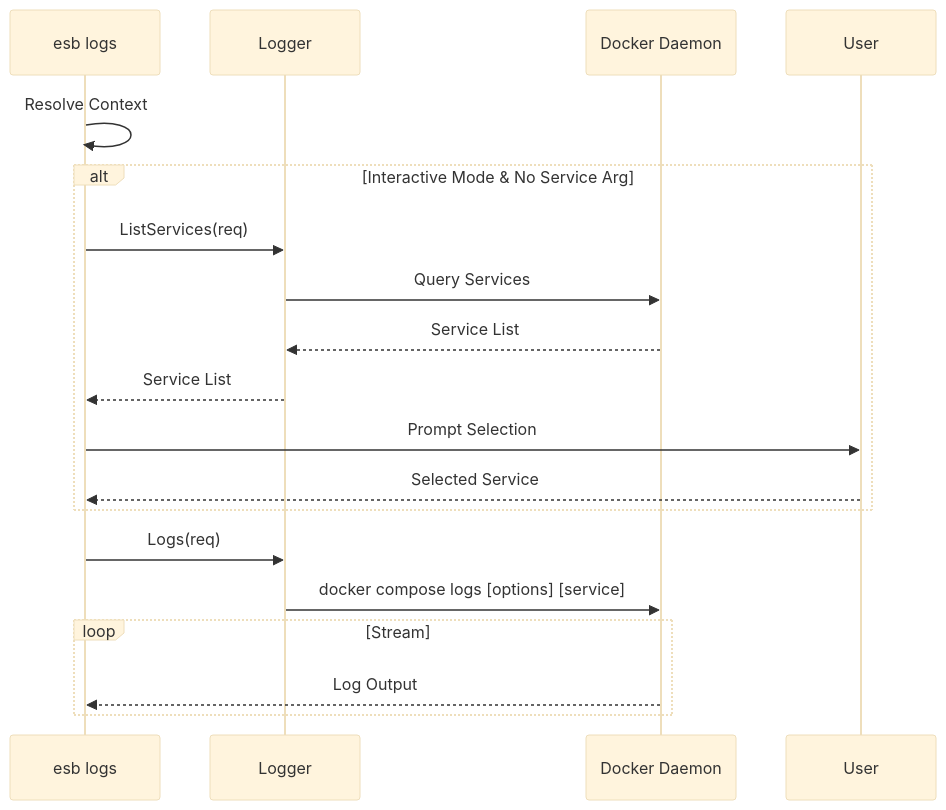
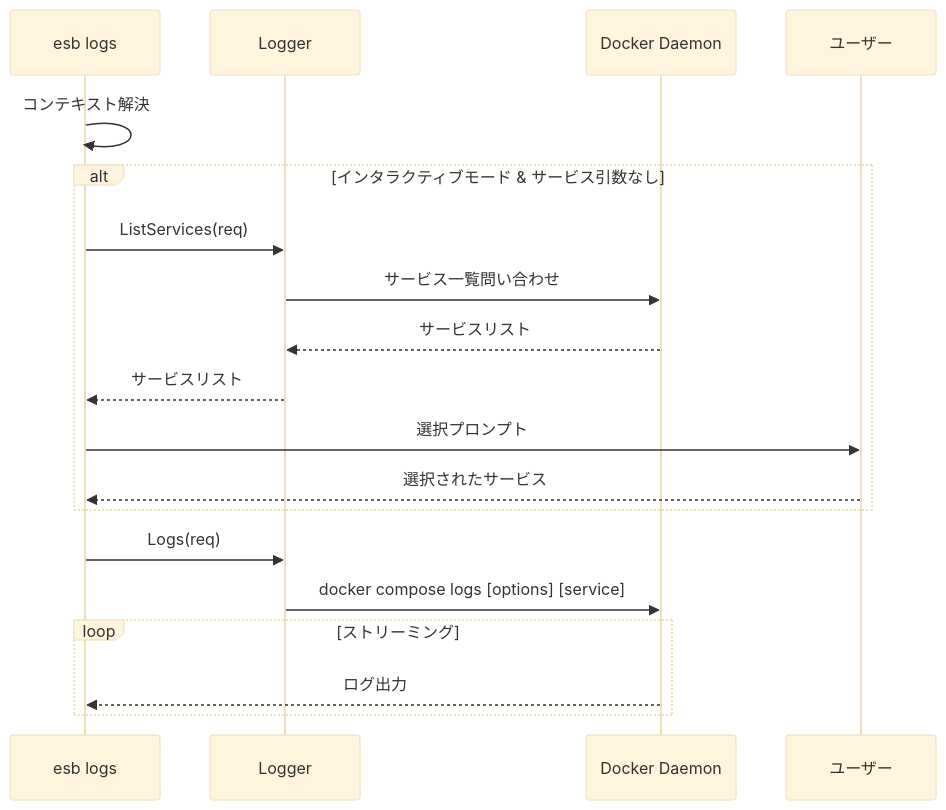
Before and after one commit to poruru-code/esb-cli: the diagram in docs/logs.md, drawn with Mermaid (base theme). The commit also changed other lines of this file and 12 other files, not shown here.

First line of the commit message:
Translate CLI documentation to Japanese and fix Mermaid syntax

````diff
--- a/docs/logs.md
+++ b/docs/logs.md
@@ -51,25 +51,25 @@
 ```mermaid
 sequenceDiagram
     participant CLI as esb logs
     participant Logger as Logger
     participant Docker as Docker Daemon
-    participant User as User
+    participant User as ユーザー
 
-    CLI->>CLI: Resolve Context
+    CLI->>CLI: コンテキスト解決
 
-    alt Interactive Mode & No Service Arg
+    alt インタラクティブモード & サービス引数なし
         CLI->>Logger: ListServices(req)
-        Logger->>Docker: Query Services
-        Docker-->>Logger: Service List
-        Logger-->>CLI: Service List
-        CLI->>User: Prompt Selection
-        User-->>CLI: Selected Service
+        Logger->>Docker: サービス一覧問い合わせ
+        Docker-->>Logger: サービスリスト
+        Logger-->>CLI: サービスリスト
+        CLI->>User: 選択プロンプト
+        User-->>CLI: 選択されたサービス
     end
 
     CLI->>Logger: Logs(req)
     Logger->>Docker: docker compose logs [options] [service]
 
-    loop Stream
-        Docker-->>CLI: Log Output
+    loop ストリーミング
+        Docker-->>CLI: ログ出力
     end
 ```
````
